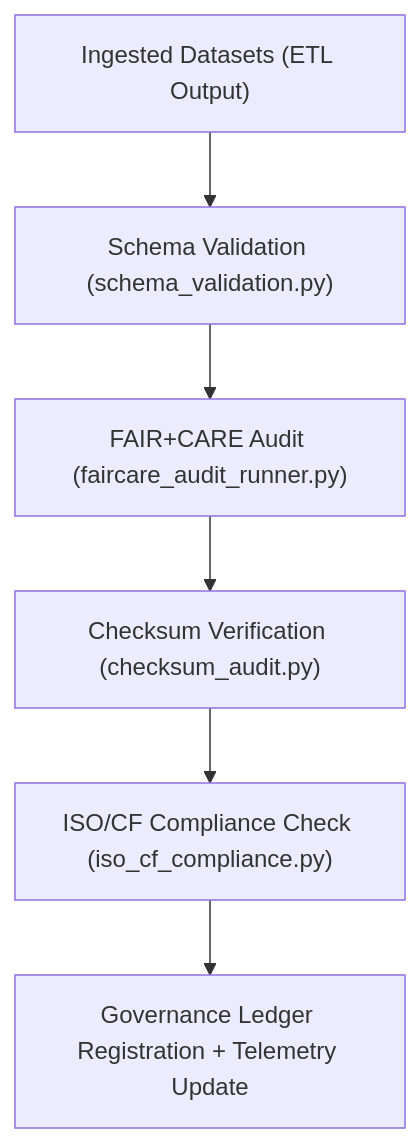
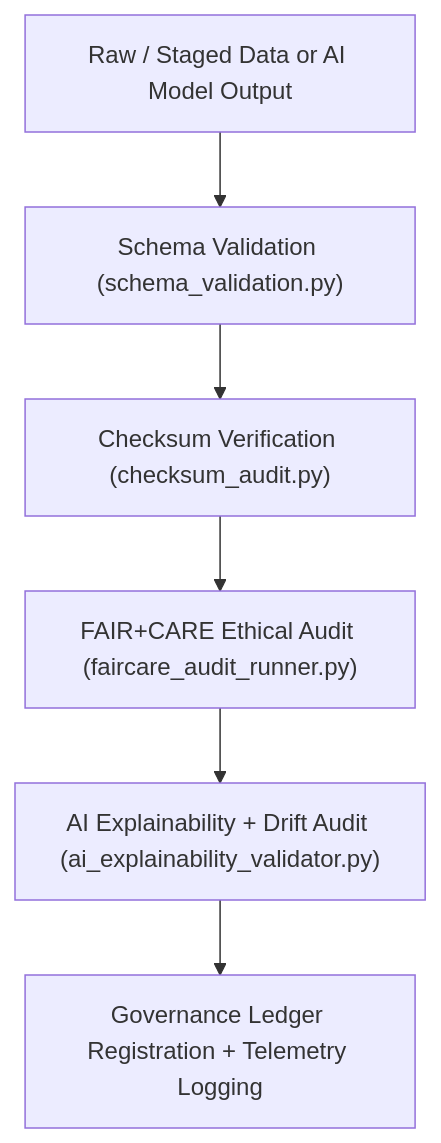
One commit to bartytime4life/Kansas-Frontier-Matrix changed the diagram in src/pipelines/validation/README.md. Above: the diagram before and after it, drawn with Mermaid. The commit also changed other lines of this file, not shown here.

````diff
--- a/src/pipelines/validation/README.md
+++ b/src/pipelines/validation/README.md
@@ -68,8 +67,8 @@
 ```mermaid
 flowchart TD
-    A["Ingested Datasets (ETL Output)"] --> B["Schema Validation (schema_validation.py)"]
-    B --> C["FAIR+CARE Audit (faircare_audit_runner.py)"]
-    C --> D["Checksum Verification (checksum_audit.py)"]
-    D --> E["ISO/CF Compliance Check (iso_cf_compliance.py)"]
-    E --> F["Governance Ledger Registration + Telemetry Update"]
+    A["Raw / Staged Data or AI Model Output"] --> B["Schema Validation (schema_validation.py)"]
+    B --> C["Checksum Verification (checksum_audit.py)"]
+    C --> D["FAIR+CARE Ethical Audit (faircare_audit_runner.py)"]
+    D --> E["AI Explainability + Drift Audit (ai_explainability_validator.py)"]
+    E --> F["Governance Ledger Registration + Telemetry Logging"]
 ```
````
